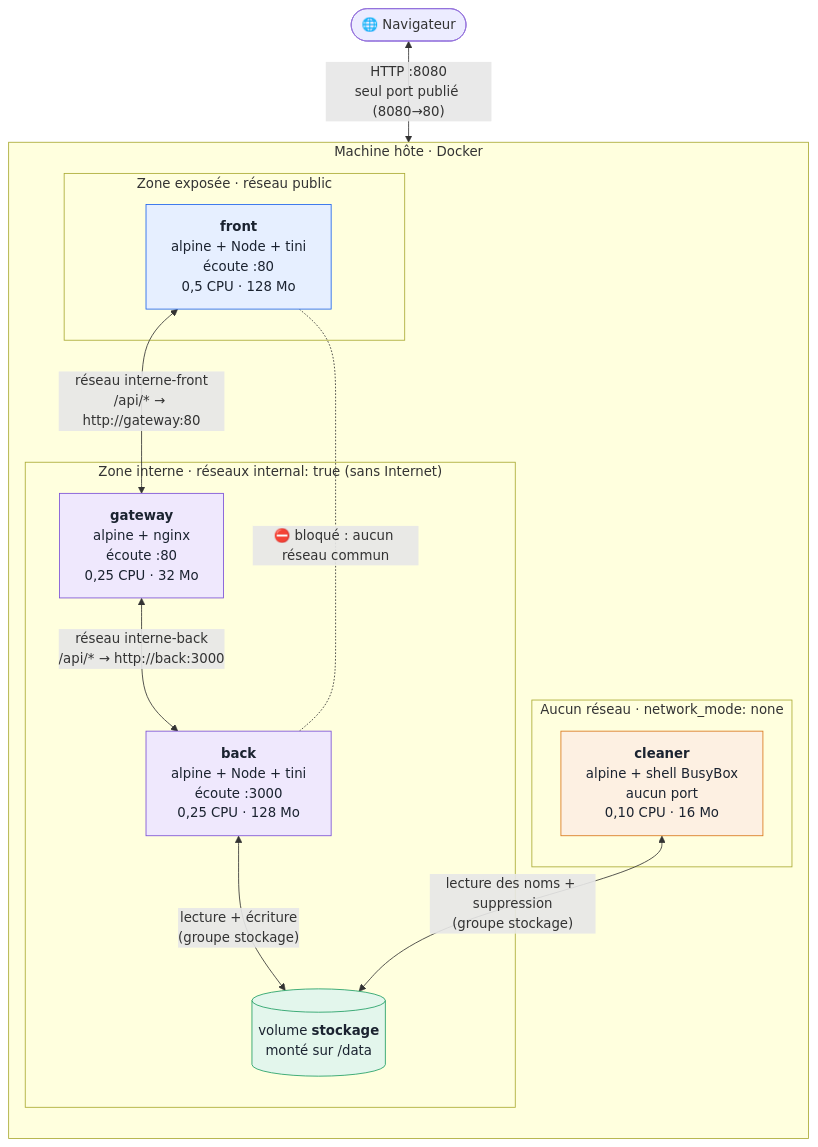
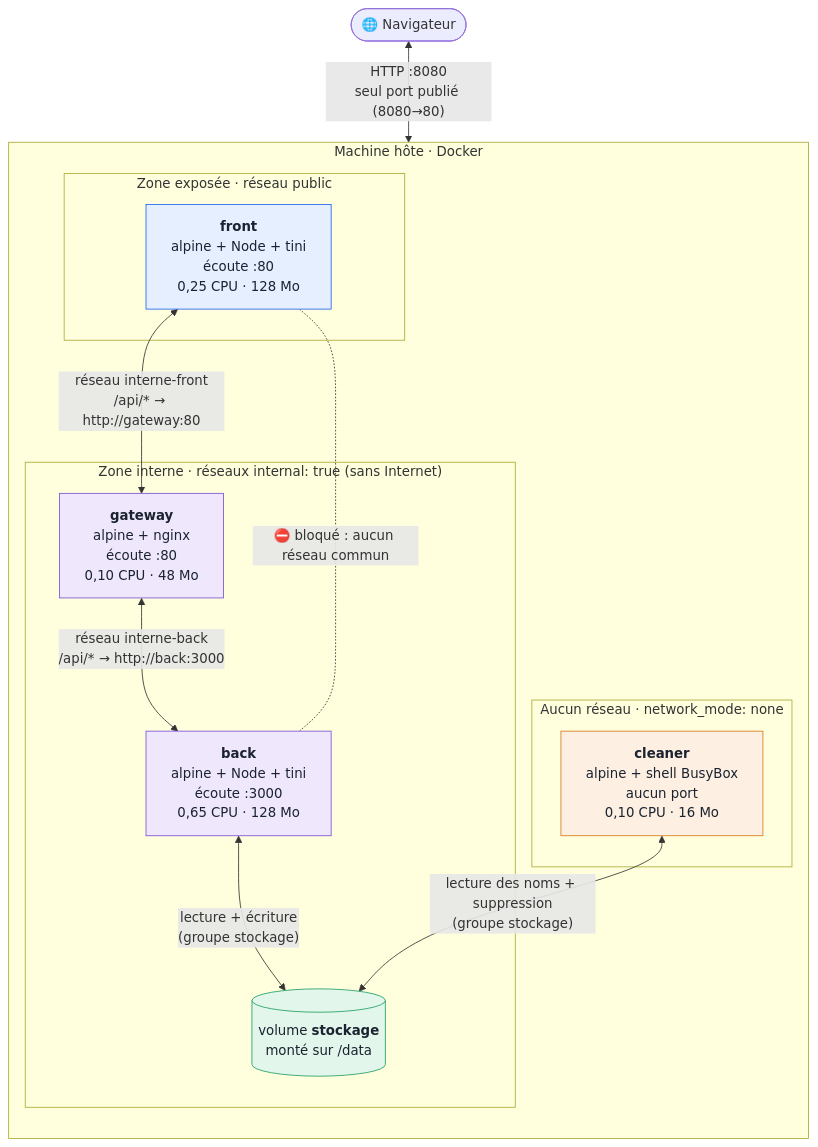
Before and after one commit to AbadieThomasPro/M2_TP_Docker: the first of 4 diagrams in README.md, drawn with Mermaid. The commit also changed other lines of this file and 8 other files, not shown here.

````diff
--- a/README.md
+++ b/README.md
@@ -72,35 +118,35 @@
 ```mermaid
 flowchart TB
   nav(["🌐 Navigateur"])
 
   subgraph hote["Machine hôte · Docker"]
     direction TB
     subgraph expose["Zone exposée · réseau public"]
-      front["<b>front</b><br/>alpine + Node + tini<br/>écoute :80<br/>0,5 CPU · 128 Mo"]
+      front["<b>front</b><br/>alpine + Node + tini<br/>écoute :80<br/>0,25 CPU · 128 Mo"]
     end
     subgraph interne["Zone interne · réseaux internal: true (sans Internet)"]
-      gateway["<b>gateway</b><br/>alpine + nginx<br/>écoute :80<br/>0,25 CPU · 32 Mo"]
-      back["<b>back</b><br/>alpine + Node + tini<br/>écoute :3000<br/>0,25 CPU · 128 Mo"]
+      gateway["<b>gateway</b><br/>alpine + nginx<br/>écoute :80<br/>0,10 CPU · 48 Mo"]
+      back["<b>back</b><br/>alpine + Node + tini<br/>écoute :3000<br/>0,65 CPU · 128 Mo"]
       vol[("volume <b>stockage</b><br/>monté sur /data")]
     end
     subgraph isole["Aucun réseau · network_mode: none"]
       cleaner["<b>cleaner</b><br/>alpine + shell BusyBox<br/>aucun port<br/>0,10 CPU · 16 Mo"]
     end
   end
 
   nav <-- "HTTP :8080<br/>seul port publié (8080→80)" --> front
   front <-- "réseau interne-front<br/>/api/* → http://gateway:80" --> gateway
   gateway <-- "réseau interne-back<br/>/api/* → http://back:3000" --> back
   back <-- "lecture + écriture<br/>(groupe stockage)" --> vol
   cleaner <-- "lecture des noms + suppression<br/>(groupe stockage)" --> vol
   front -. "⛔ bloqué : aucun réseau commun" .- back
 
   classDef pub fill:#e6efff,stroke:#1d63ed,color:#1b2330
   classDef int fill:#efe8fd,stroke:#7a4fd6,color:#1b2330
   classDef data fill:#e3f6ec,stroke:#1f9d63,color:#1b2330
   classDef iso fill:#fdf0e2,stroke:#d9771a,color:#1b2330
   class front pub
   class gateway,back int
   class vol data
   class cleaner iso
 ```
````
